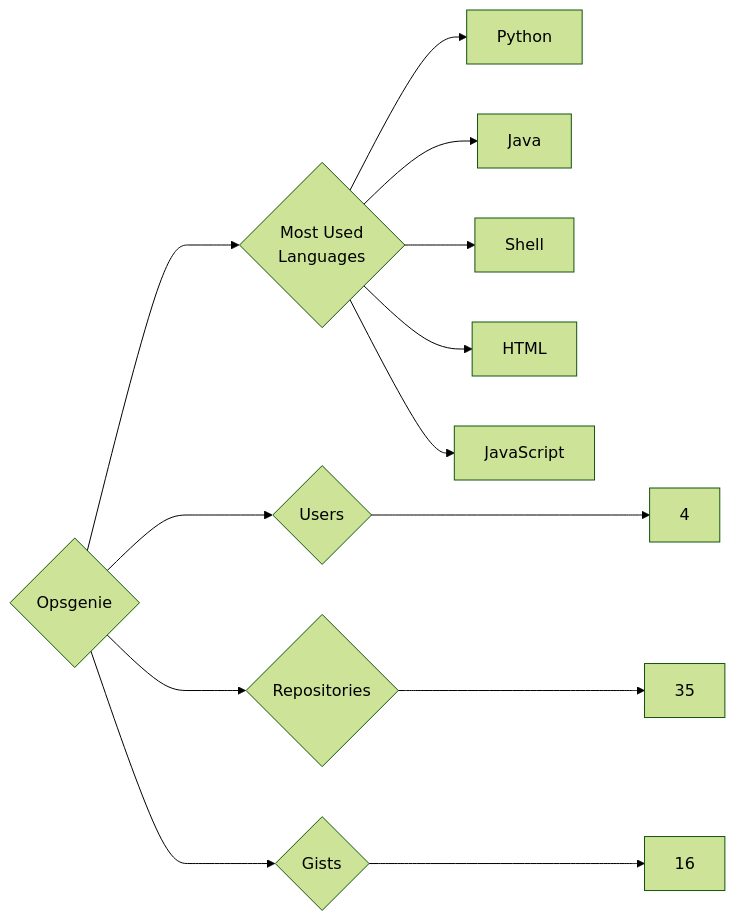
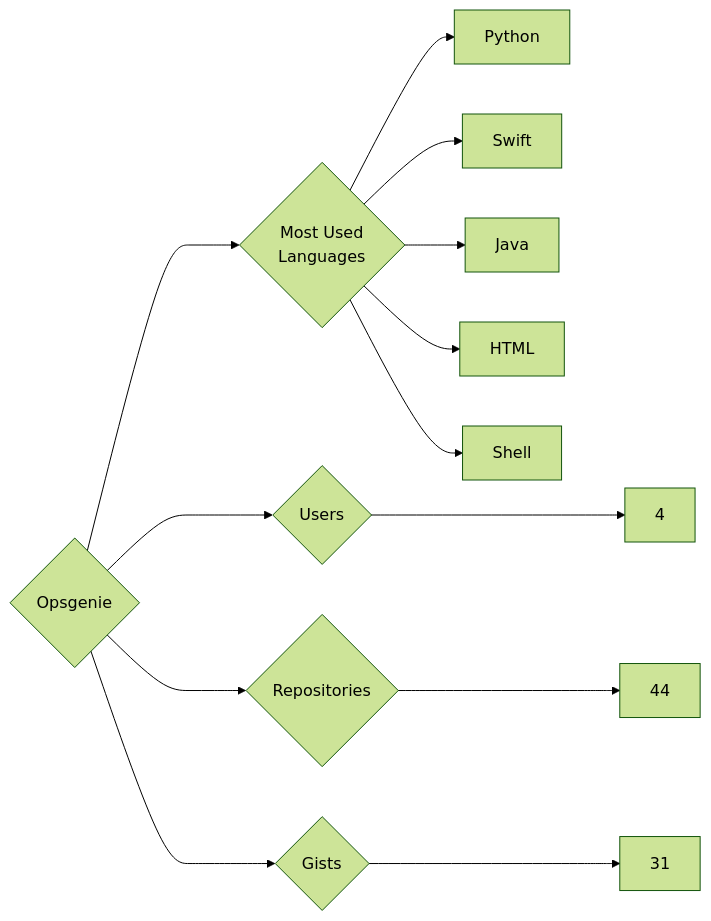
One commit to trickest/insiders changed the diagram in targets/Opsgenie/README.md. Above: the diagram before and after it, drawn with Mermaid (forest theme). The commit also changed 829 other files, not shown here.

````diff
--- a/targets/Opsgenie/README.md
+++ b/targets/Opsgenie/README.md
@@ -3,13 +3,13 @@
 ```mermaid
 graph LR
 COMPANY_NAME{Opsgenie}
 COMPANY_NAME ---> U{Users} ---> UN[4]
-COMPANY_NAME ---> R{Repositories} ---> RN[35]
-COMPANY_NAME ---> G{Gists} ---> GN[16]
+COMPANY_NAME ---> R{Repositories} ---> RN[44]
+COMPANY_NAME ---> G{Gists} ---> GN[31]
 COMPANY_NAME ---> ML{Most Used<br>Languages}
 ML --> Python[Python]
+ML --> Swift[Swift]
 ML --> Java[Java]
+ML --> HTML[HTML]
 ML --> Shell[Shell]
-ML --> HTML[HTML]
-ML --> JavaScript[JavaScript]
 ```
````
